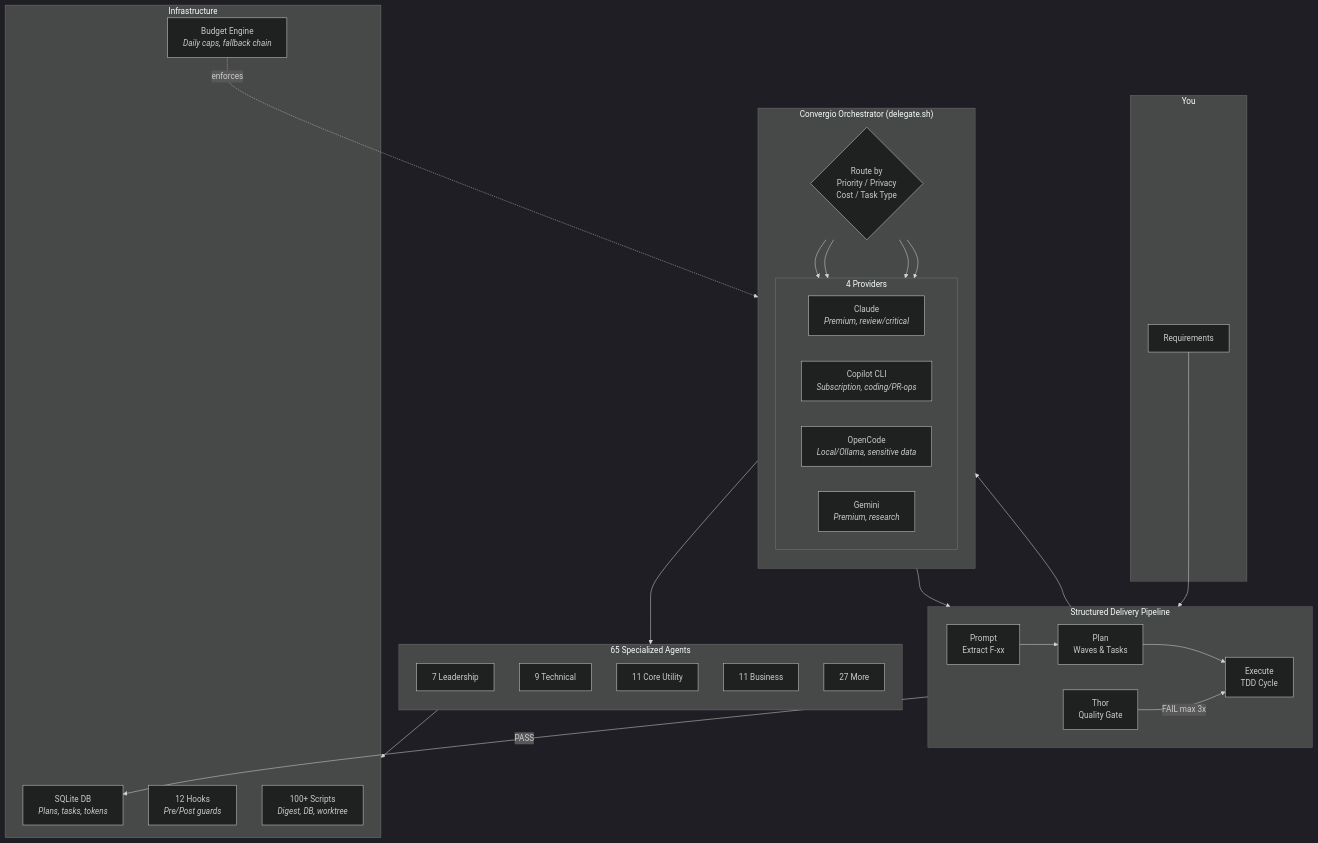
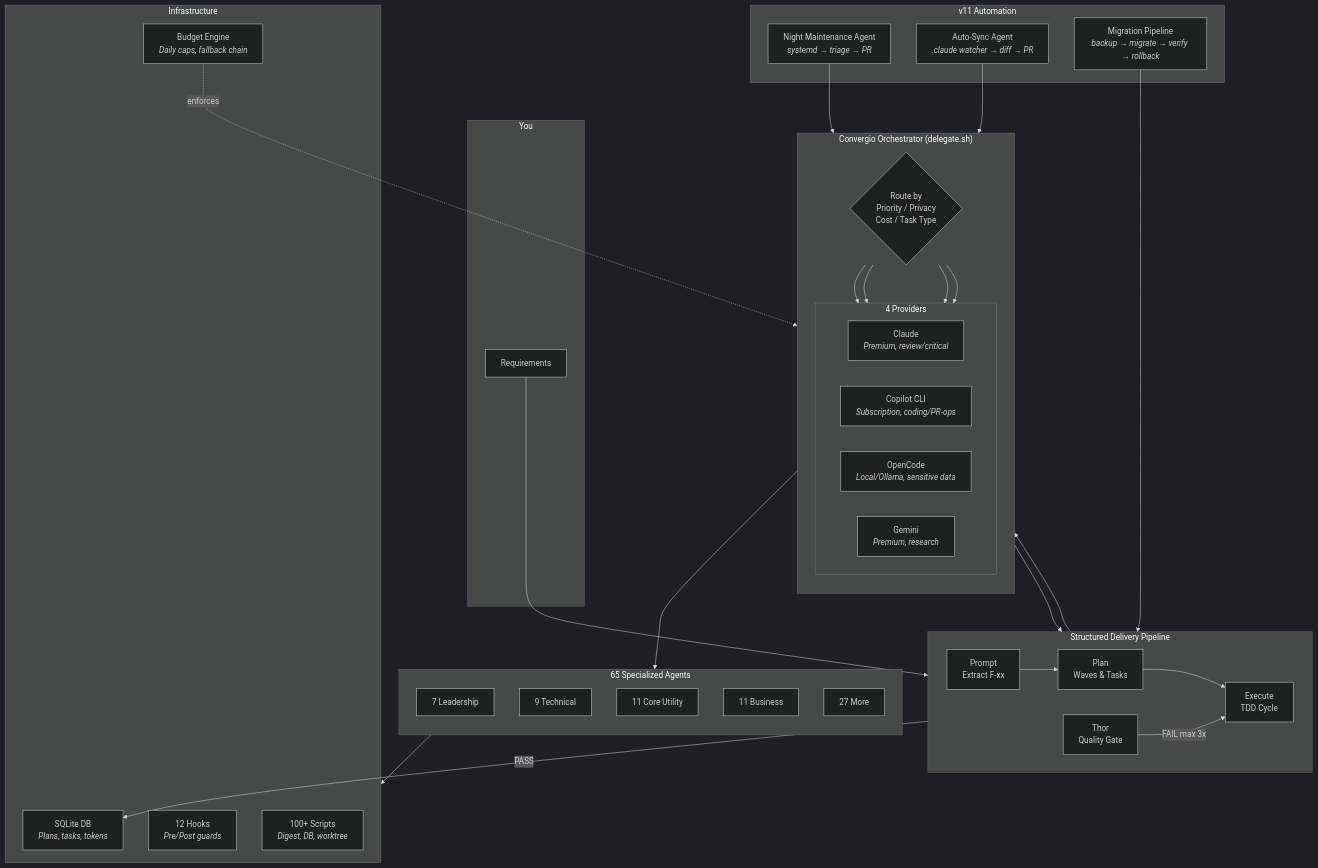
One commit to Roberdan/MyConvergio changed the first of 6 diagrams in docs/agents/architecture.md. Above: the diagram before and after it, drawn with Mermaid (dark theme). The commit also changed other lines of this file and 364 other files, not shown here.

````diff
--- a/docs/agents/architecture.md
+++ b/docs/agents/architecture.md
@@ -7,52 +7,61 @@
 ```mermaid
 graph TB
     subgraph USER["You"]
         REQ[Requirements]
     end
 
     subgraph PIPELINE["Structured Delivery Pipeline"]
         direction LR
         P["Prompt<br/>Extract F-xx"]
         PL["Plan<br/>Waves & Tasks"]
         EX["Execute<br/>TDD Cycle"]
         TH["Thor<br/>Quality Gate"]
     end
 
     subgraph ORCHESTRATOR["Convergio Orchestrator (delegate.sh)"]
         direction TB
         ROUTE{"Route by<br/>Priority / Privacy<br/>Cost / Task Type"}
         subgraph PROVIDERS["4 Providers"]
             direction LR
             CL["Claude<br/><i>Premium, review/critical</i>"]
             CO["Copilot CLI<br/><i>Subscription, coding/PR-ops</i>"]
             OC["OpenCode<br/><i>Local/Ollama, sensitive data</i>"]
             GE["Gemini<br/><i>Premium, research</i>"]
         end
         ROUTE --> CL & CO & OC & GE
     end
 
     subgraph AGENTS["65 Specialized Agents"]
         direction TB
         L["7 Leadership"]
         T["9 Technical"]
         C["11 Core Utility"]
         B["11 Business"]
         O["27 More"]
     end
 
+    subgraph AUTOMATION["v11 Automation"]
+        NIGHT["Night Maintenance Agent<br/><i>systemd → triage → PR</i>"]
+        AUTOSYNC["Auto-Sync Agent<br/><i>.claude watcher → diff → PR</i>"]
+        MIGRATE["Migration Pipeline<br/><i>backup → migrate → verify → rollback</i>"]
+    end
+
     subgraph INFRA["Infrastructure"]
         DB["SQLite DB<br/><i>Plans, tasks, tokens</i>"]
         HOOKS["12 Hooks<br/><i>Pre/Post guards</i>"]
         SCRIPTS["100+ Scripts<br/><i>Digest, DB, worktree</i>"]
         BUDGET["Budget Engine<br/><i>Daily caps, fallback chain</i>"]
     end
 
     REQ --> P --> PL --> EX
     EX --> ORCHESTRATOR
     ORCHESTRATOR --> TH
     TH -->|PASS| DB
+    NIGHT --> ORCHESTRATOR
+    AUTOSYNC --> ORCHESTRATOR
+    MIGRATE --> TH
     TH -->|FAIL max 3x| EX
     ORCHESTRATOR --> AGENTS
     AGENTS --> INFRA
     BUDGET -.->|enforces| ROUTE
 ```
````
